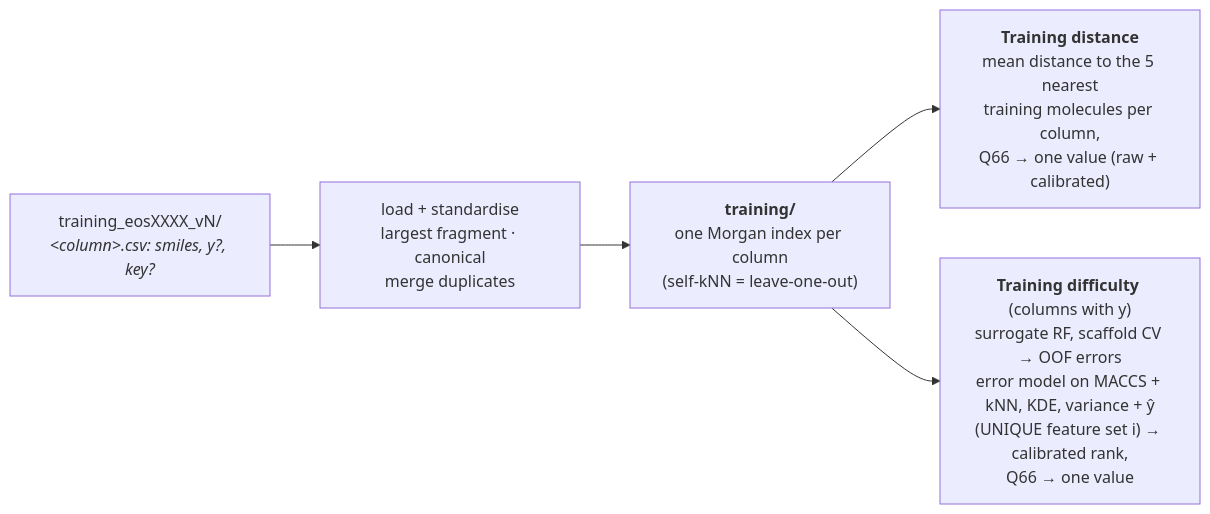
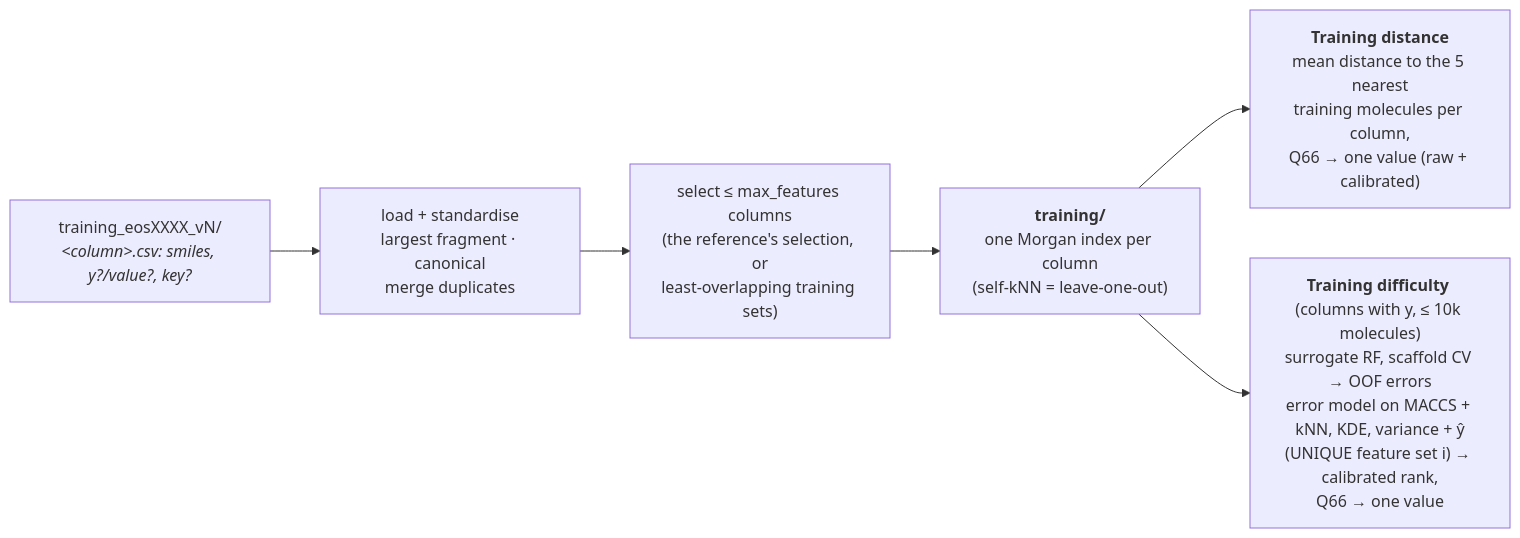
The second of 3 diagrams in docs/diagram.md (ersilia-os/eosquality), drawn with Mermaid before and after one commit. The commit also changed other lines of this file and 49 other files, not shown here.

````diff
--- a/docs/diagram.md
+++ b/docs/diagram.md
@@ -27,7 +27,8 @@
 ```mermaid
 flowchart LR
-    TR["training_eosXXXX_vN/<br/><i>&lt;column&gt;.csv: smiles, y?, key?</i>"] --> LD["load + standardise<br/>largest fragment · canonical<br/>merge duplicates"]
-    LD --> IDX["<b>training/</b><br/>one Morgan index per column<br/>(self-kNN = leave-one-out)"]
+    TR["training_eosXXXX_vN/<br/><i>&lt;column&gt;.csv: smiles, y?/value?, key?</i>"] --> LD["load + standardise<br/>largest fragment · canonical<br/>merge duplicates"]
+    LD --> SEL["select ≤ max_features columns<br/>(the reference's selection, or<br/>least-overlapping training sets)"]
+    SEL --> IDX["<b>training/</b><br/>one Morgan index per column<br/>(self-kNN = leave-one-out)"]
     IDX --> TD["<b>Training distance</b><br/>mean distance to the 5 nearest<br/>training molecules per column,<br/>Q66 → one value (raw + calibrated)"]
-    IDX --> TDF["<b>Training difficulty</b> (columns with y)<br/>surrogate RF, scaffold CV → OOF errors<br/>error model on MACCS + kNN, KDE, variance + ŷ<br/>(UNIQUE feature set i) → calibrated rank,<br/>Q66 → one value"]
+    IDX --> TDF["<b>Training difficulty</b> (columns with y, ≤ 10k molecules)<br/>surrogate RF, scaffold CV → OOF errors<br/>error model on MACCS + kNN, KDE, variance + ŷ<br/>(UNIQUE feature set i) → calibrated rank,<br/>Q66 → one value"]
 ```
````
